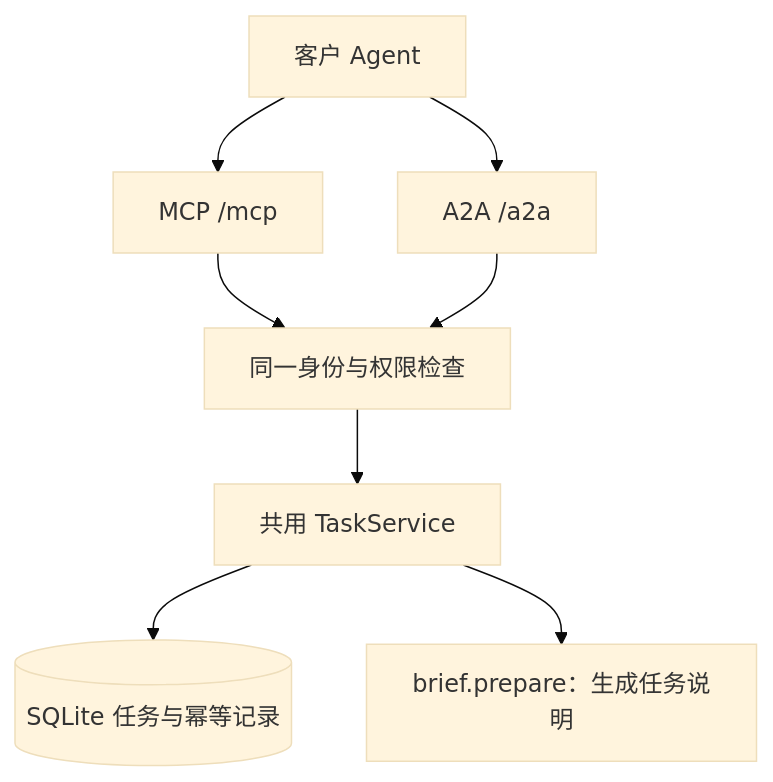
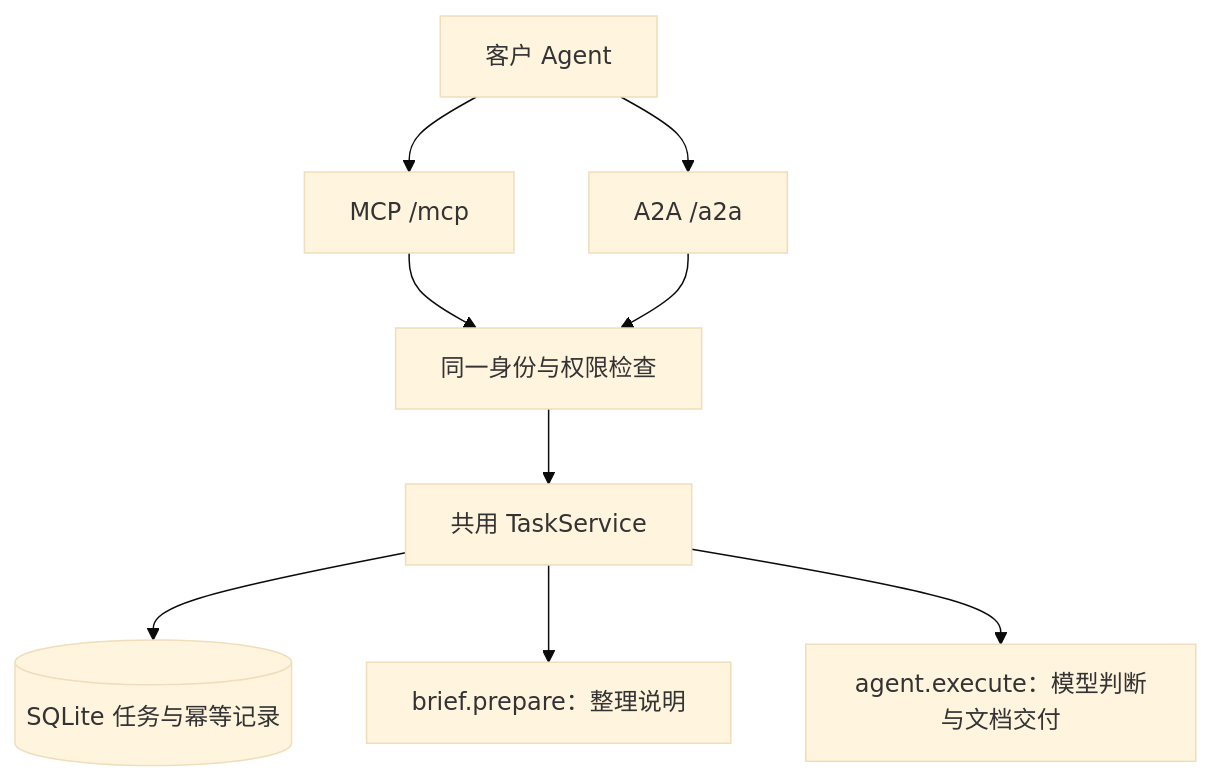
Before and after one commit to proerror77/eigos: the diagram in README.md, drawn with Mermaid (base theme). The commit also changed other lines of this file and 20 other files, not shown here.

````diff
--- a/README.md
+++ b/README.md
@@ -51,10 +64,11 @@
 ```mermaid
 flowchart TD
     C[客户 Agent] --> M[MCP /mcp]
     C --> A[A2A /a2a]
     M --> P[同一身份与权限检查]
     A --> P
     P --> T[共用 TaskService]
     T --> D[(SQLite 任务与幂等记录)]
-    T --> B[brief.prepare：生成任务说明]
+    T --> B[brief.prepare：整理说明]
+    T --> A2[agent.execute：模型判断与文档交付]
 ```
````
